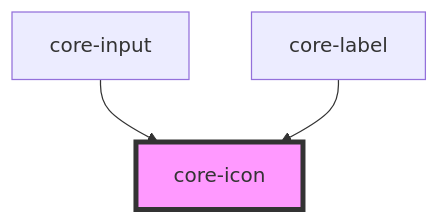
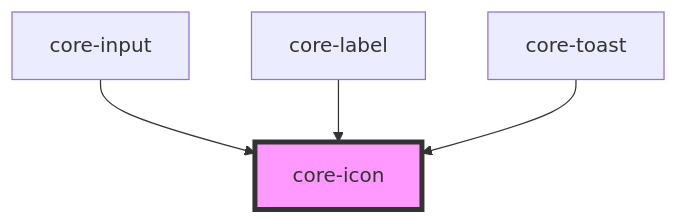
Before and after one commit to iFixit/core-design: the diagram in src/components/core-icon/readme.md, drawn with Mermaid. The commit also changed other lines of this file and 60 other files, not shown here.

````diff
--- a/src/components/core-icon/readme.md
+++ b/src/components/core-icon/readme.md
@@ -28,6 +28,7 @@
 ```mermaid
 graph TD;
   core-input --> core-icon
   core-label --> core-icon
+  core-toast --> core-icon
   style core-icon fill:#f9f,stroke:#333,stroke-width:4px
 ```
````
